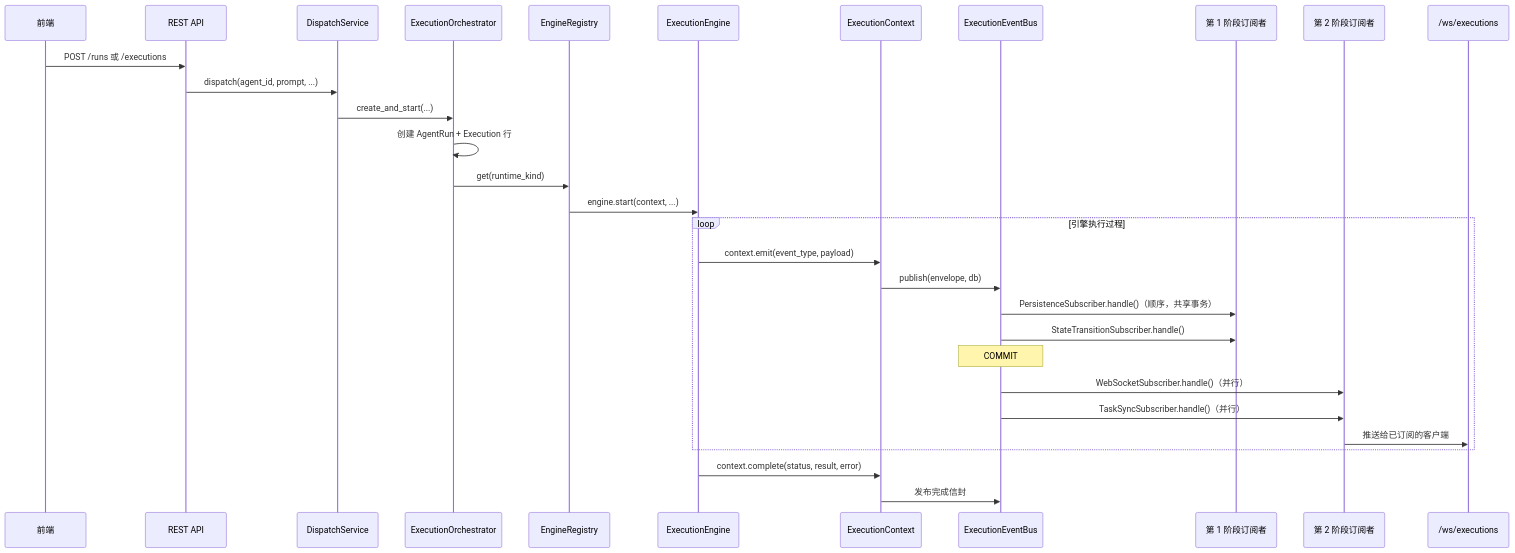
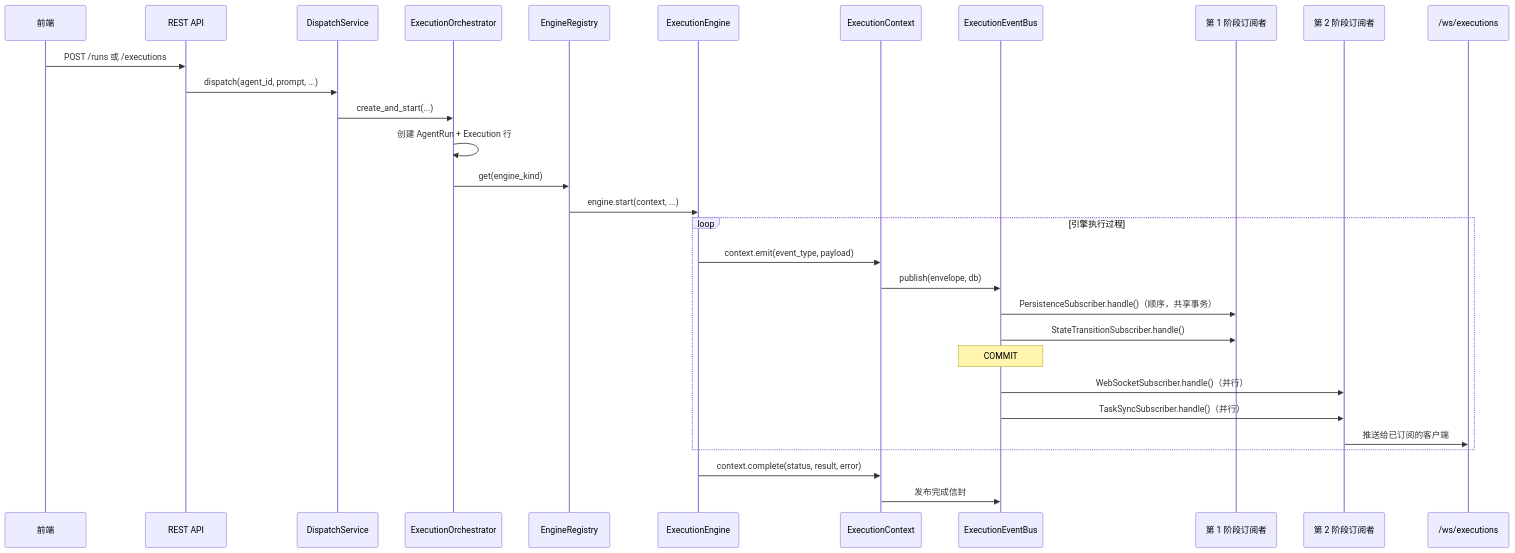
One commit to jd-opensource/JoySafeter changed the second of 3 diagrams in docs/ARCHITECTURE_CN.md. Above: the diagram before and after it, drawn with Mermaid. The commit also changed other lines of this file and 3 other files, not shown here.

````diff
--- a/docs/ARCHITECTURE_CN.md
+++ b/docs/ARCHITECTURE_CN.md
@@ -358,35 +336,35 @@
 ```mermaid
 sequenceDiagram
     participant FE as 前端
     participant API as REST API
     participant DS as DispatchService
     participant EO as ExecutionOrchestrator
     participant ER as EngineRegistry
     participant ENG as ExecutionEngine
     participant CTX as ExecutionContext
     participant BUS as ExecutionEventBus
     participant P1 as 第 1 阶段订阅者
     participant P2 as 第 2 阶段订阅者
     participant WS as /ws/executions
 
     FE->>API: POST /runs 或 /executions
     API->>DS: dispatch(agent_id, prompt, ...)
     DS->>EO: create_and_start(...)
     EO->>EO: 创建 AgentRun + Execution 行
-    EO->>ER: get(runtime_kind)
+    EO->>ER: get(engine_kind)
     ER->>ENG: engine.start(context, ...)
 
     loop 引擎执行过程
         ENG->>CTX: context.emit(event_type, payload)
         CTX->>BUS: publish(envelope, db)
         BUS->>P1: PersistenceSubscriber.handle()（顺序，共享事务）
         BUS->>P1: StateTransitionSubscriber.handle()
         Note over BUS: COMMIT
         BUS->>P2: WebSocketSubscriber.handle()（并行）
         BUS->>P2: TaskSyncSubscriber.handle()（并行）
         P2->>WS: 推送给已订阅的客户端
     end
 
     ENG->>CTX: context.complete(status, result, error)
     CTX->>BUS: 发布完成信封
 ```
````
